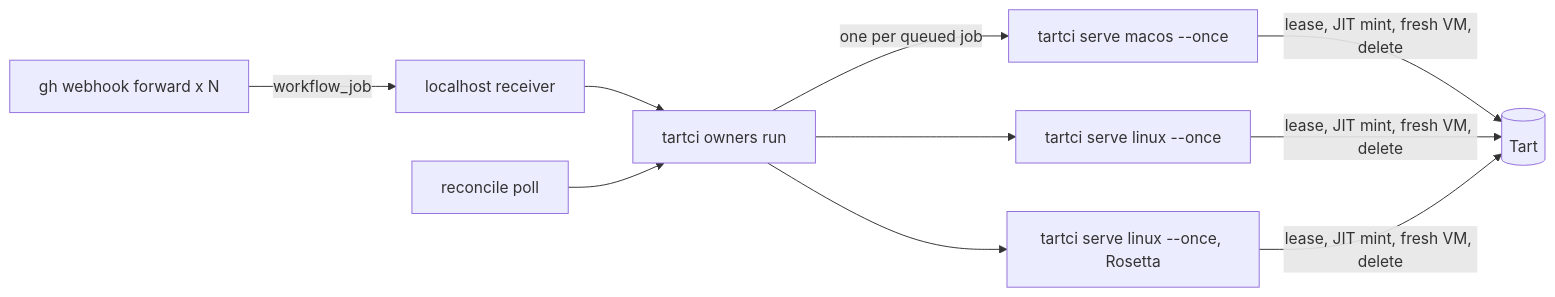
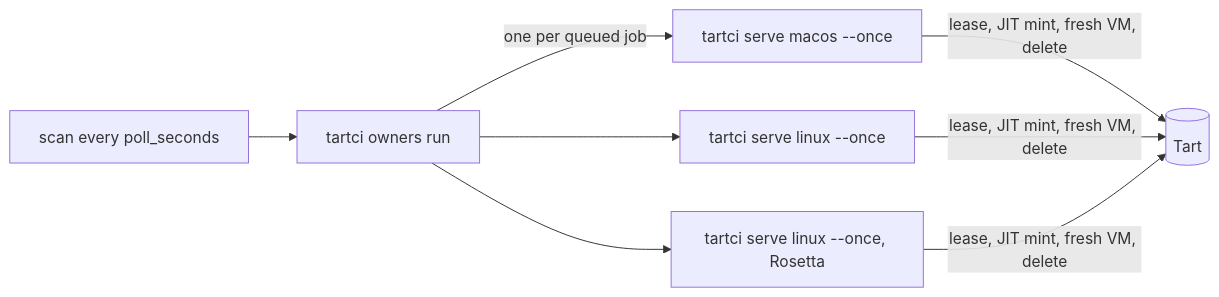
The diagram in docs/owner-pool.md (alvis/tartci), drawn with Mermaid before and after one commit. The commit also changed other lines of this file and 19 other files, not shown here.

First line of the commit message:
feat(owners): tartci owners install/uninstall LaunchAgent and reap pass (#4)

````diff
--- a/docs/owner-pool.md
+++ b/docs/owner-pool.md
@@ -45,10 +168,8 @@
 ```mermaid
 flowchart LR
-  fwd[gh webhook forward x N] -- workflow_job --> rx[localhost receiver]
-  rx --> d[tartci owners run]
-  poll[reconcile poll] --> d
+  poll[scan every poll_seconds] --> d[tartci owners run]
   d -- one per queued job --> s1[tartci serve macos --once]
   d --> s2[tartci serve linux --once]
   d --> s3[tartci serve linux --once, Rosetta]
   s1 & s2 & s3 -- lease, JIT mint, fresh VM, delete --> tart[(Tart)]
 ```
````
